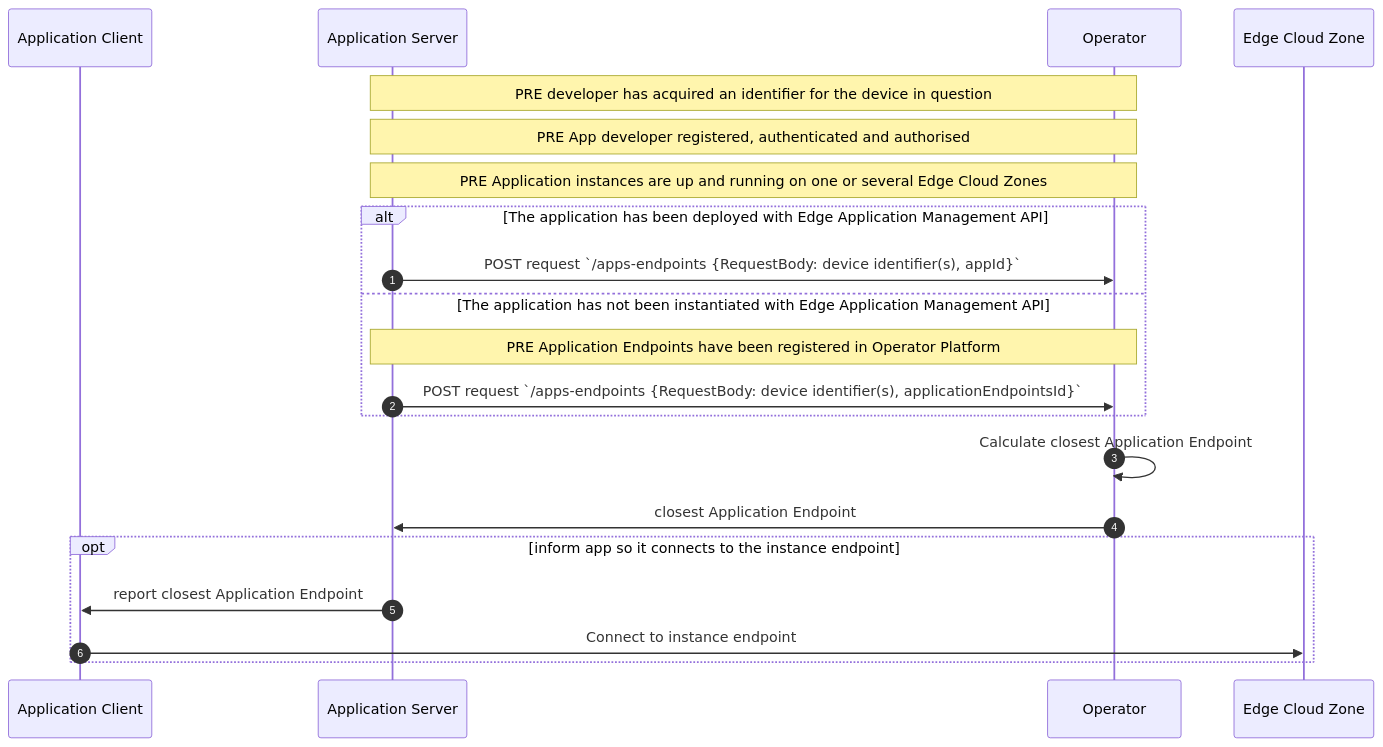
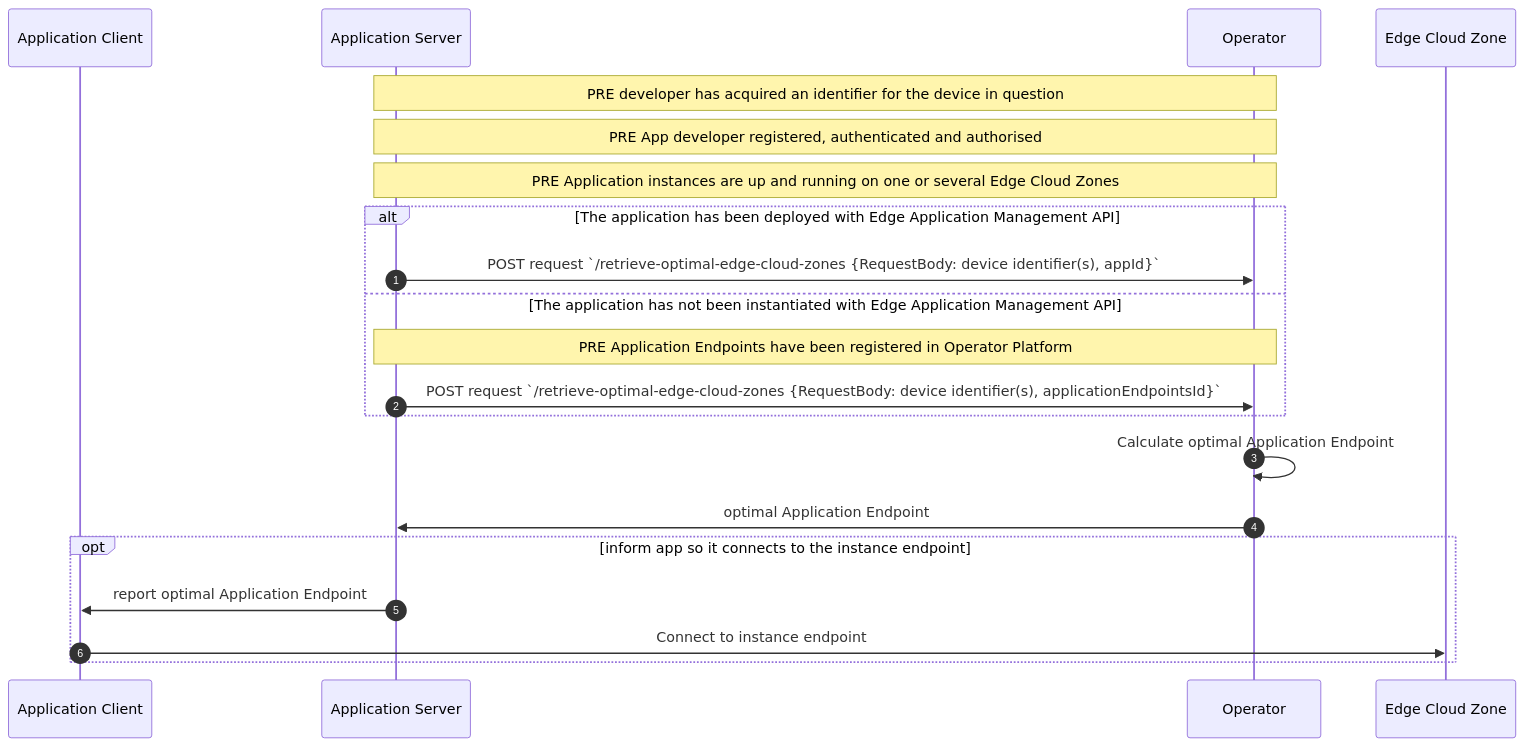
Before and after one commit to camaraproject/EdgeCloud: the second of 2 diagrams in documentation/SupportingDocuments/API_Documentation/User Stories/Application Endpoint Discovery User Story.md, drawn with Mermaid. The commit also changed other lines of this file, not shown here.

Commit message:
Update Application Endpoint Discovery User Story.md

````diff
--- a/documentation/SupportingDocuments/API_Documentation/User Stories/Application Endpoint Discovery User Story.md
+++ b/documentation/SupportingDocuments/API_Documentation/User Stories/Application Endpoint Discovery User Story.md
@@ -59,23 +59,23 @@
 ```mermaid
 sequenceDiagram
     autonumber
     participant Application Client
     participant Application Server
     participant Operator    
     participant Edge Cloud Zone
     Note over Application Server, Operator: PRE developer has acquired an identifier for the device in question
     Note over Application Server, Operator: PRE App developer registered, authenticated and authorised
     Note over Application Server, Operator: PRE Application instances are up and running on one or several Edge Cloud Zones
     alt The application has been deployed with Edge Application Management API
-         Application Server->>Operator: POST request `/apps-endpoints {RequestBody: device identifier(s), appId}`
+         Application Server->>Operator: POST request `/retrieve-optimal-edge-cloud-zones {RequestBody: device identifier(s), appId}`
     else The application has not been instantiated with Edge Application Management API
       Note over Application Server,Operator: PRE Application Endpoints have been registered in Operator Platform
-      Application Server->>Operator: POST request `/apps-endpoints {RequestBody: device identifier(s), applicationEndpointsId}`
+      Application Server->>Operator: POST request `/retrieve-optimal-edge-cloud-zones {RequestBody: device identifier(s), applicationEndpointsId}`
     end   
-    Operator->>Operator: Calculate closest Application Endpoint	    
-    Operator->>Application Server: closest Application Endpoint 
+    Operator->>Operator: Calculate optimal Application Endpoint	    
+    Operator->>Application Server: optimal Application Endpoint 
     opt inform app so it connects to the instance endpoint
-     Application Server->>Application Client: report closest Application Endpoint
+     Application Server->>Application Client: report optimal Application Endpoint
      Application Client->>Edge Cloud Zone: Connect to instance endpoint
     end
 ```
````
